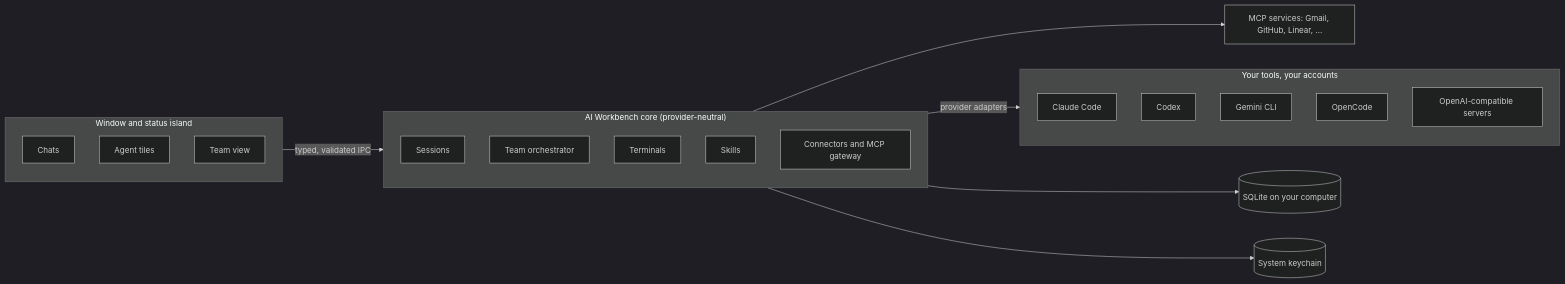
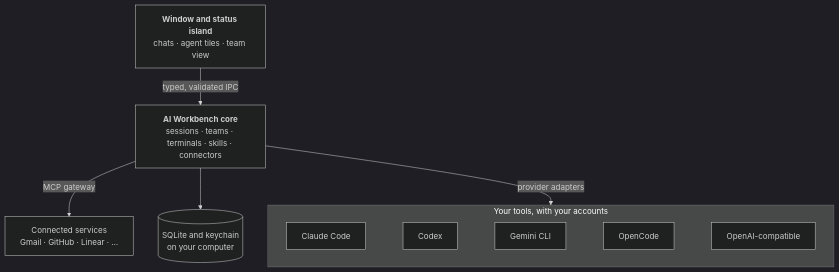
Before and after one commit to JackyWein/AI-Workbench: the diagram in README.md, drawn with Mermaid (dark theme).

Commit message:
README: a diagram that reads at GitHub's width
The first diagram laid everything out side by side and came out too wide
to read on the repository page. It now runs top to bottom, with the tools
grouped as the reader's own.

Claude-Session: https://claude.ai/code/session_01MM3yeZfaugfohn54DjuZeY

````diff
--- a/README.md
+++ b/README.md
@@ -108,33 +108,15 @@
 ```mermaid
-flowchart LR
-  subgraph UI["Window and status island"]
-    direction TB
-    chat["Chats"]
-    tiles["Agent tiles"]
-    team["Team view"]
+flowchart TB
+  ui["<b>Window and status island</b><br/>chats · agent tiles · team view"]
+  core["<b>AI Workbench core</b><br/>sessions · teams · terminals · skills · connectors"]
+  ui -- "typed, validated IPC" --> core
+
+  subgraph tools["Your tools, with your accounts"]
+    direction LR
+    claude["Claude Code"] ~~~ codex["Codex"] ~~~ gemini["Gemini CLI"] ~~~ opencode["OpenCode"] ~~~ compatible["OpenAI-compatible"]
   end
 
-  subgraph core["AI Workbench core (provider-neutral)"]
-    direction TB
-    sessions["Sessions"]
-    orchestrator["Team orchestrator"]
-    terminals["Terminals"]
-    skills["Skills"]
-    gateway["Connectors and MCP gateway"]
-  end
-
-  subgraph tools["Your tools, your accounts"]
-    direction TB
-    claude["Claude Code"]
-    codex["Codex"]
-    gemini["Gemini CLI"]
-    opencode["OpenCode"]
-    compatible["OpenAI-compatible servers"]
-  end
-
-  UI -- "typed, validated IPC" --> core
   core -- "provider adapters" --> tools
-  gateway --> services["MCP services: Gmail, GitHub, Linear, ..."]
-  core --> storage[("SQLite on your computer")]
-  core --> keychain[("System keychain")]
+  core -- "MCP gateway" --> services["Connected services<br/>Gmail · GitHub · Linear · …"]
+  core --> storage[("SQLite and keychain<br/>on your computer")]
 ```
````
